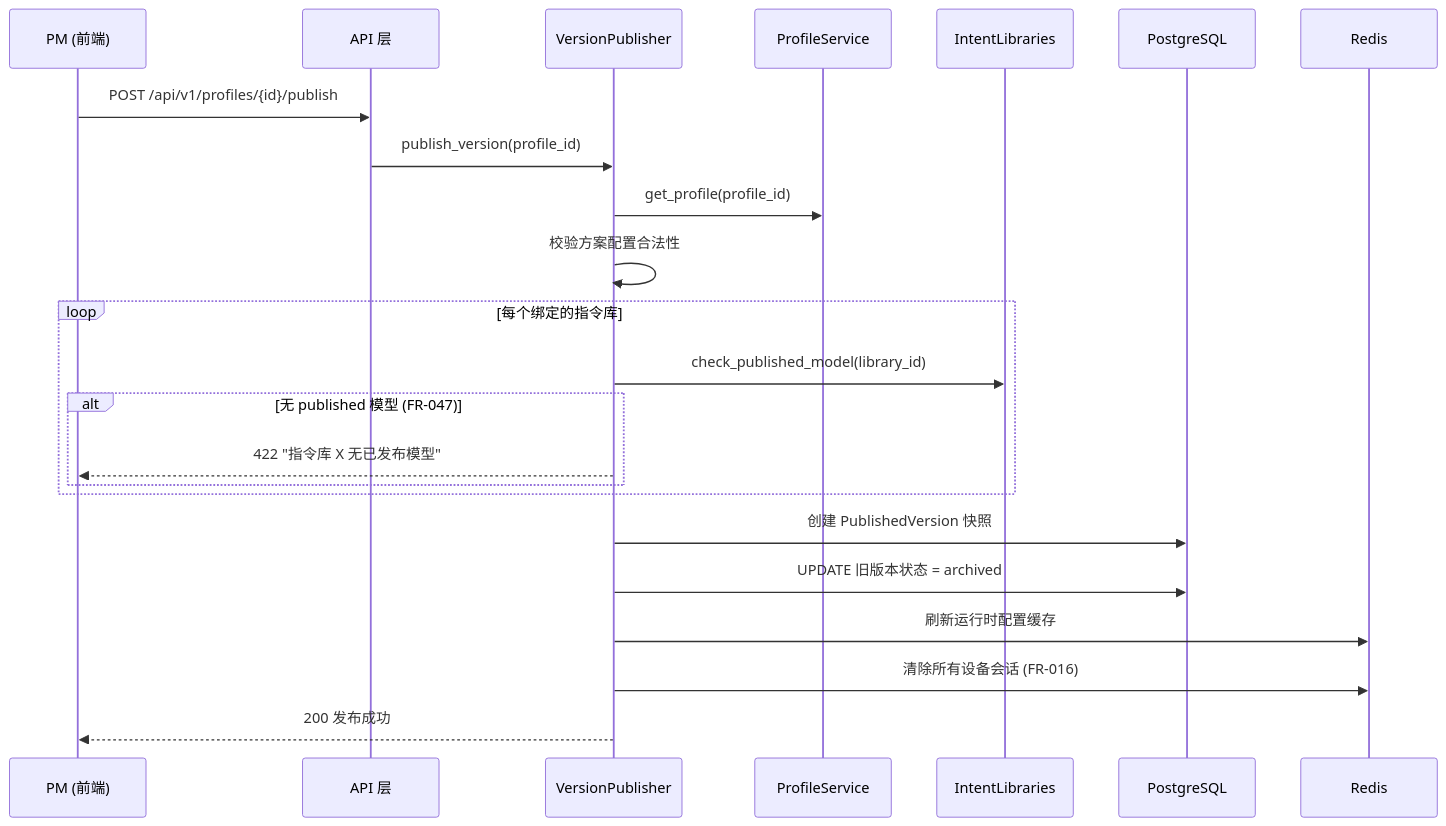
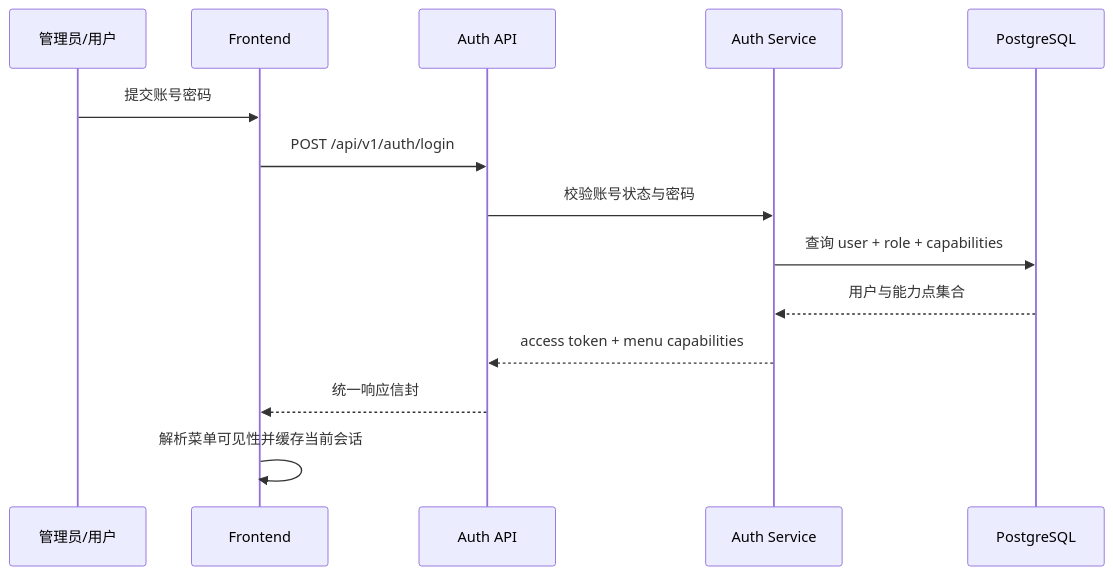
The second of 2 diagrams in specs/master/ad/ad-global.md (WangShaoyu1/spec_kit_superpower), drawn with Mermaid before and after one commit. The commit also changed other lines of this file and 416 other files, not shown here.

````diff
--- a/specs/master/ad/ad-global.md
+++ b/specs/master/ad/ad-global.md
@@ -253,29 +61,17 @@
 ```mermaid
 sequenceDiagram
-    participant PM as PM (前端)
-    participant API as API 层
-    participant VS as VersionPublisher
-    participant PS as ProfileService
-    participant IL as IntentLibraries
-    participant DB as PostgreSQL
-    participant Cache as Redis
+    participant U as 管理员/用户
+    participant FE as Frontend
+    participant API as Auth API
+    participant AUTH as Auth Service
+    participant PG as PostgreSQL
 
-    PM->>API: POST /api/v1/profiles/{id}/publish
-    API->>VS: publish_version(profile_id)
-
-    VS->>PS: get_profile(profile_id)
-    VS->>VS: 校验方案配置合法性
-
-    loop 每个绑定的指令库
-        VS->>IL: check_published_model(library_id)
-        alt 无 published 模型 (FR-047)
-            VS-->>PM: 422 "指令库 X 无已发布模型"
-        end
-    end
-
-    VS->>DB: 创建 PublishedVersion 快照
-    VS->>DB: UPDATE 旧版本状态 = archived
-    VS->>Cache: 刷新运行时配置缓存
-    VS->>Cache: 清除所有设备会话 (FR-016)
-    VS-->>PM: 200 发布成功
+    U->>FE: 提交账号密码
+    FE->>API: POST /api/v1/auth/login
+    API->>AUTH: 校验账号状态与密码
+    AUTH->>PG: 查询 user + role + capabilities
+    PG-->>AUTH: 用户与能力点集合
+    AUTH-->>API: access token + menu capabilities
+    API-->>FE: 统一响应信封
+    FE->>FE: 解析菜单可见性并缓存当前会话
 ```
````
